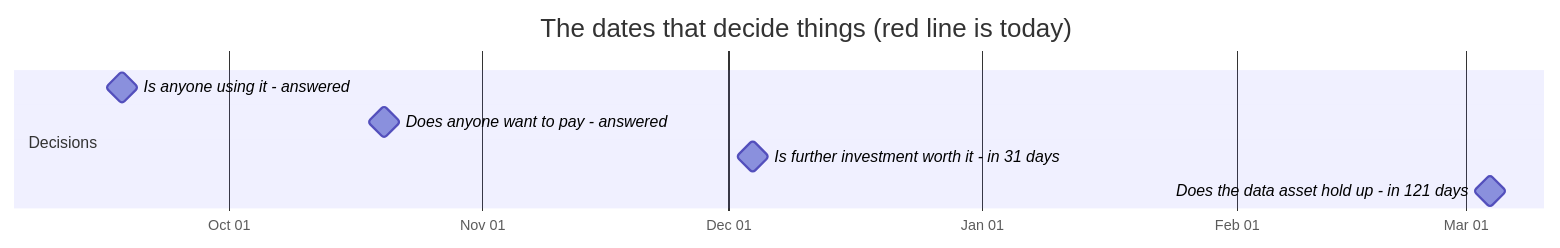
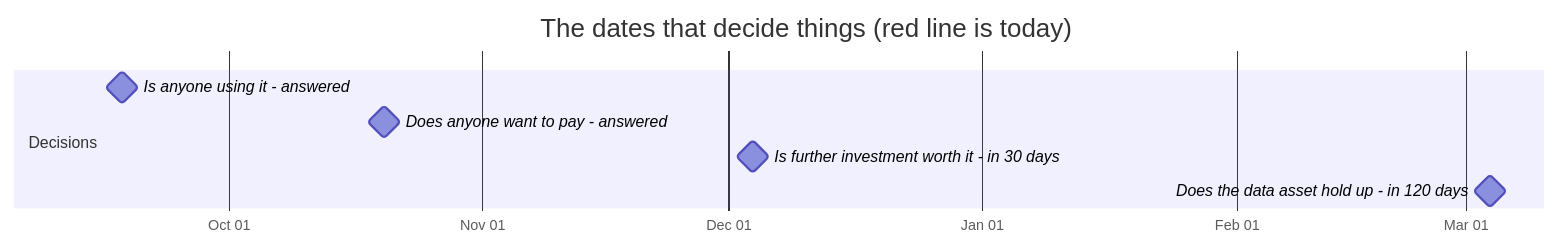
The first of 2 diagrams in docs/OWNER.md (jakegu1/vetagent), drawn with Mermaid before and after one commit. The commit also changed other lines of this file and 1 other file, not shown here.

````diff
--- a/docs/OWNER.md
+++ b/docs/OWNER.md
@@ -67,12 +67,12 @@
 ```mermaid
 gantt
     dateFormat YYYY-MM-DD
     axisFormat %b %d
     todayMarker stroke-width:3px,stroke:#d33,stroke-dasharray:0
     title The dates that decide things (red line is today)
     section Decisions
     Is anyone using it - answered :milestone, 2026-09-18, 0d
     Does anyone want to pay - answered :milestone, 2026-10-20, 0d
-    Is further investment worth it - in 31 days :milestone, 2026-12-04, 0d
-    Does the data asset hold up - in 121 days :milestone, 2027-03-04, 0d
+    Is further investment worth it - in 30 days :milestone, 2026-12-04, 0d
+    Does the data asset hold up - in 120 days :milestone, 2027-03-04, 0d
 ```
````
